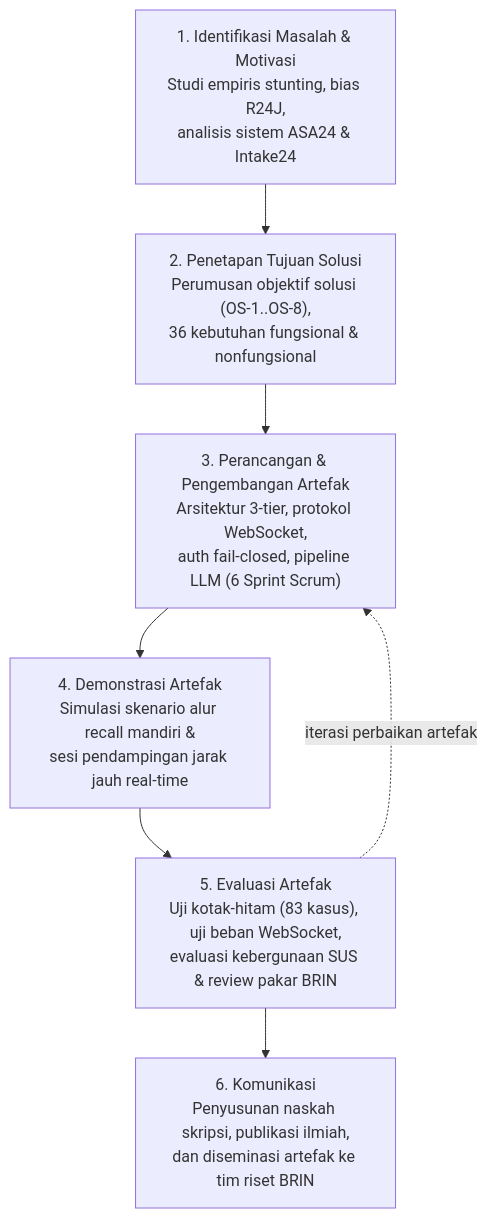
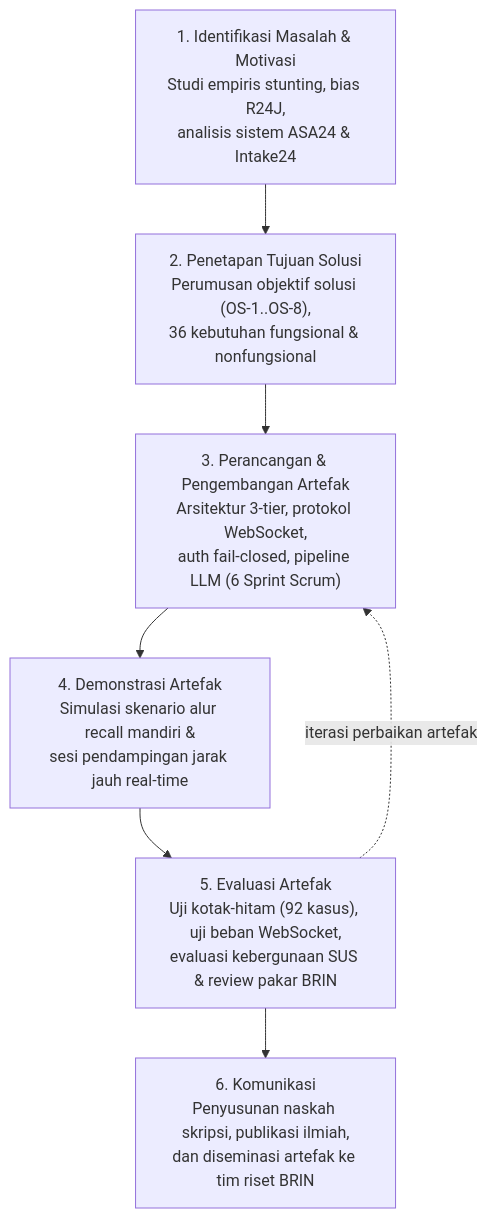
The first of 13 diagrams in docs/Skripsi_Atlas_Food_Bab_1-5.md (Babyhex7/atlas_food_frontend), drawn with Mermaid before and after one commit. The commit also changed other lines of this file, not shown here.

````diff
--- a/docs/Skripsi_Atlas_Food_Bab_1-5.md
+++ b/docs/Skripsi_Atlas_Food_Bab_1-5.md
@@ -412,10 +640,10 @@
 ```mermaid
 flowchart TD
     A["1. Identifikasi Masalah & Motivasi<br/>Studi empiris stunting, bias R24J,<br/>analisis sistem ASA24 & Intake24"] --> B
     B["2. Penetapan Tujuan Solusi<br/>Perumusan objektif solusi (OS-1..OS-8),<br/>36 kebutuhan fungsional & nonfungsional"] --> C
     C["3. Perancangan & Pengembangan Artefak<br/>Arsitektur 3-tier, protokol WebSocket,<br/>auth fail-closed, pipeline LLM (6 Sprint Scrum)"] --> D
     D["4. Demonstrasi Artefak<br/>Simulasi skenario alur recall mandiri &<br/>sesi pendampingan jarak jauh real-time"] --> E
-    E["5. Evaluasi Artefak<br/>Uji kotak-hitam (83 kasus), uji beban WebSocket,<br/>evaluasi kebergunaan SUS & review pakar BRIN"] --> F
+    E["5. Evaluasi Artefak<br/>Uji kotak-hitam (92 kasus), uji beban WebSocket,<br/>evaluasi kebergunaan SUS & review pakar BRIN"] --> F
     F["6. Komunikasi<br/>Penyusunan naskah skripsi, publikasi ilmiah,<br/>dan diseminasi artefak ke tim riset BRIN"]
     E -.->|"iterasi perbaikan artefak"| C
 ```
````
